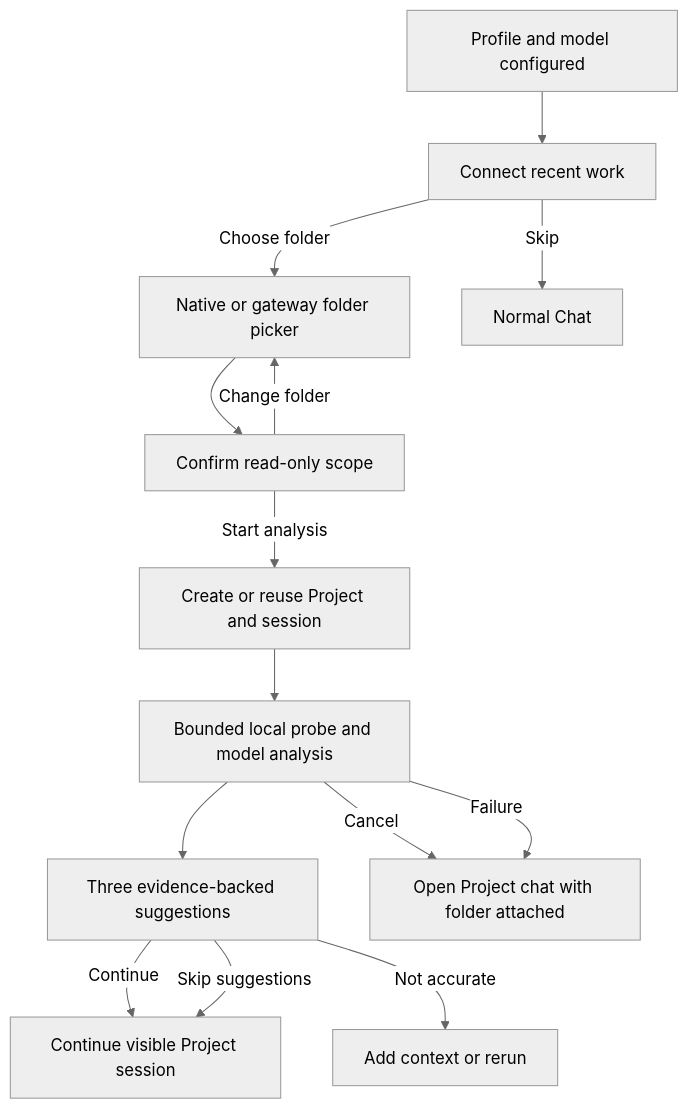
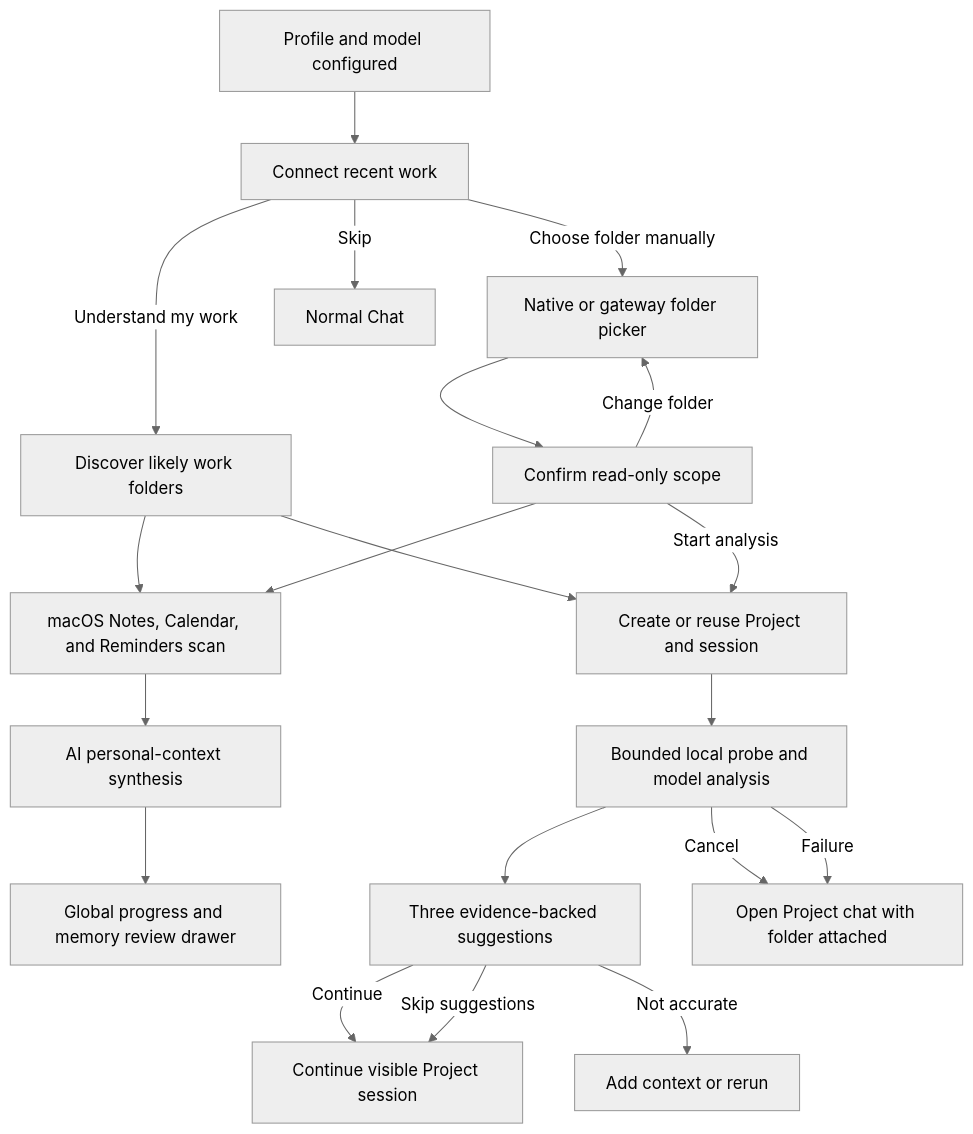
One commit to xopcai/xopc changed the diagram in docs/design/work-discovery-onboarding.md. Above: the diagram before and after it, drawn with Mermaid (neutral theme). The commit also changed other lines of this file and 46 other files, not shown here.

````diff
--- a/docs/design/work-discovery-onboarding.md
+++ b/docs/design/work-discovery-onboarding.md
@@ -127,16 +142,22 @@
 ```mermaid
 flowchart TD
   Config[Profile and model configured] --> Intro[Connect recent work]
-  Intro -->|Choose folder| Pick[Native or gateway folder picker]
+  Intro -->|Understand my work| Discover[Discover likely work folders]
+  Intro -->|Choose folder manually| Pick[Native or gateway folder picker]
+  Discover --> Create[Create or reuse Project and session]
+  Discover --> Native[macOS Notes, Calendar, and Reminders scan]
   Intro -->|Skip| Chat[Normal Chat]
   Pick --> Confirm[Confirm read-only scope]
   Confirm -->|Start analysis| Create[Create or reuse Project and session]
+  Confirm --> Native
   Confirm -->|Change folder| Pick
   Create --> Analyze[Bounded local probe and model analysis]
+  Native --> Context[AI personal-context synthesis]
+  Context --> Drawer[Global progress and memory review drawer]
   Analyze --> Results[Three evidence-backed suggestions]
   Analyze -->|Cancel| Partial[Open Project chat with folder attached]
   Analyze -->|Failure| Partial
   Results -->|Continue| Session[Continue visible Project session]
   Results -->|Not accurate| Clarify[Add context or rerun]
   Results -->|Skip suggestions| Session
 ```
````
